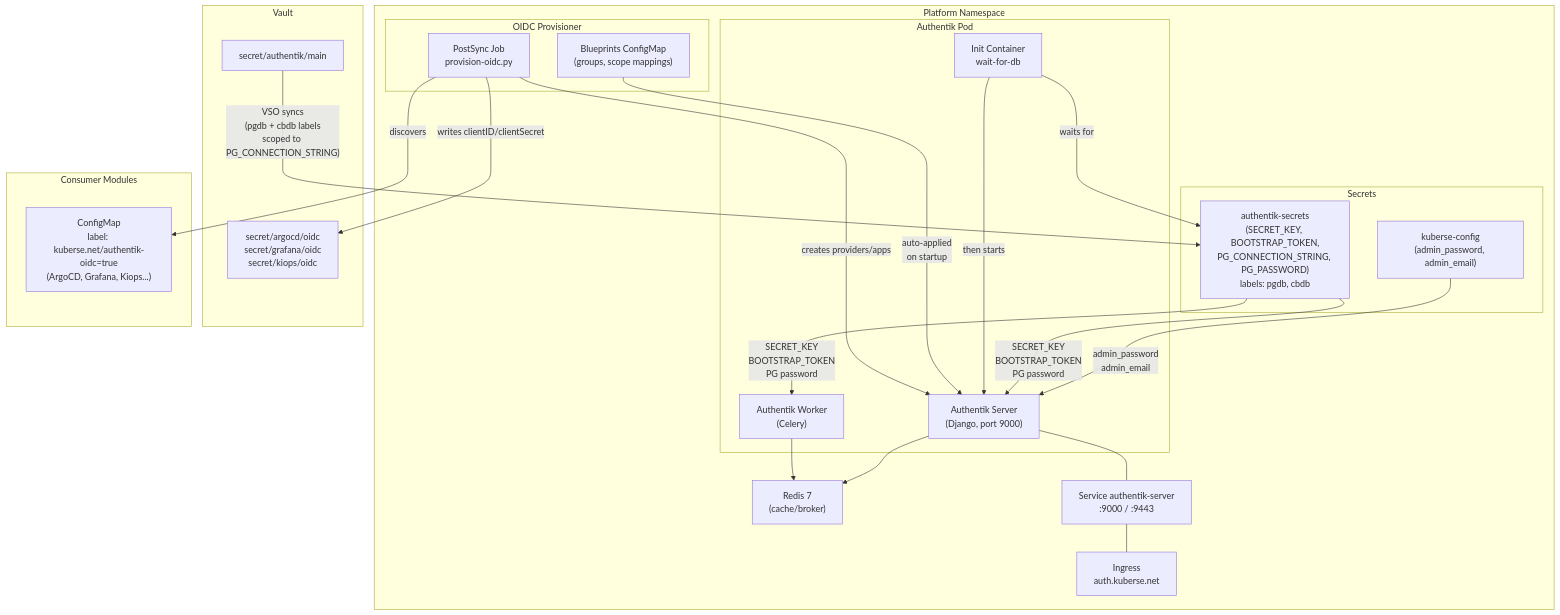
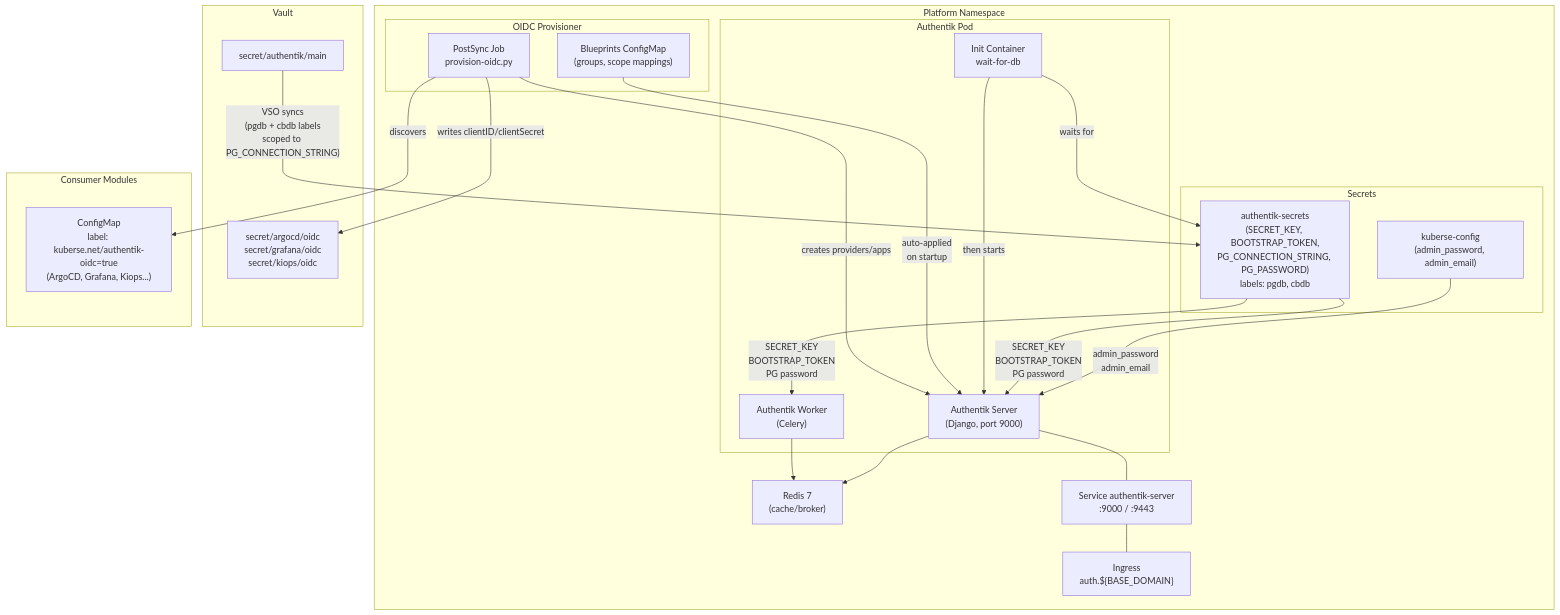
The first of 2 diagrams in platform/authentik/docs/index.md (MarioAPGS/kuberse), drawn with Mermaid before and after one commit. The commit also changed other lines of this file and 15 other files, not shown here.

````diff
--- a/platform/authentik/docs/index.md
+++ b/platform/authentik/docs/index.md
@@ -27,50 +27,50 @@
 ```mermaid
 graph TB
     subgraph "Platform Namespace"
         subgraph "Authentik Pod"
             INIT["Init Container<br/>wait-for-db"]
             SERVER["Authentik Server<br/>(Django, port 9000)"]
             WORKER["Authentik Worker<br/>(Celery)"]
         end
         REDIS["Redis 7<br/>(cache/broker)"]
 
         subgraph "Secrets"
             KC["kuberse-config<br/>(admin_password, admin_email)"]
             US["authentik-secrets<br/>(SECRET_KEY, BOOTSTRAP_TOKEN,<br/>PG_CONNECTION_STRING, PG_PASSWORD)<br/>labels: pgdb, cbdb"]
         end
 
         subgraph "OIDC Provisioner"
             JOB["PostSync Job<br/>provision-oidc.py"]
             BP["Blueprints ConfigMap<br/>(groups, scope mappings)"]
         end
 
         SVC["Service authentik-server<br/>:9000 / :9443"]
-        ING["Ingress<br/>auth.kuberse.net"]
+        ING["Ingress<br/>auth.${BASE_DOMAIN}"]
     end
 
     subgraph "Vault"
         VMAIN["secret/authentik/main"]
         VO["secret/argocd/oidc<br/>secret/grafana/oidc<br/>secret/kiops/oidc"]
     end
 
     subgraph "Consumer Modules"
         OIDC_CM["ConfigMap<br/>label: kuberse.net/authentik-oidc=true<br/>(ArgoCD, Grafana, Kiops...)"]
     end
 
     VMAIN -->|"VSO syncs<br/>(pgdb + cbdb labels<br/>scoped to PG_CONNECTION_STRING)"| US
     KC -->|"admin_password<br/>admin_email"| SERVER
     US -->|"SECRET_KEY<br/>BOOTSTRAP_TOKEN<br/>PG password"| SERVER
     US -->|"SECRET_KEY<br/>BOOTSTRAP_TOKEN<br/>PG password"| WORKER
 
     INIT -->|"waits for"| US
     INIT -->|"then starts"| SERVER
 
     SERVER --> REDIS
     WORKER --> REDIS
     SERVER --- SVC --- ING
 
     BP -->|"auto-applied<br/>on startup"| SERVER
     JOB -->|"discovers"| OIDC_CM
     JOB -->|"creates providers/apps"| SERVER
     JOB -->|"writes clientID/clientSecret"| VO
 ```
````
